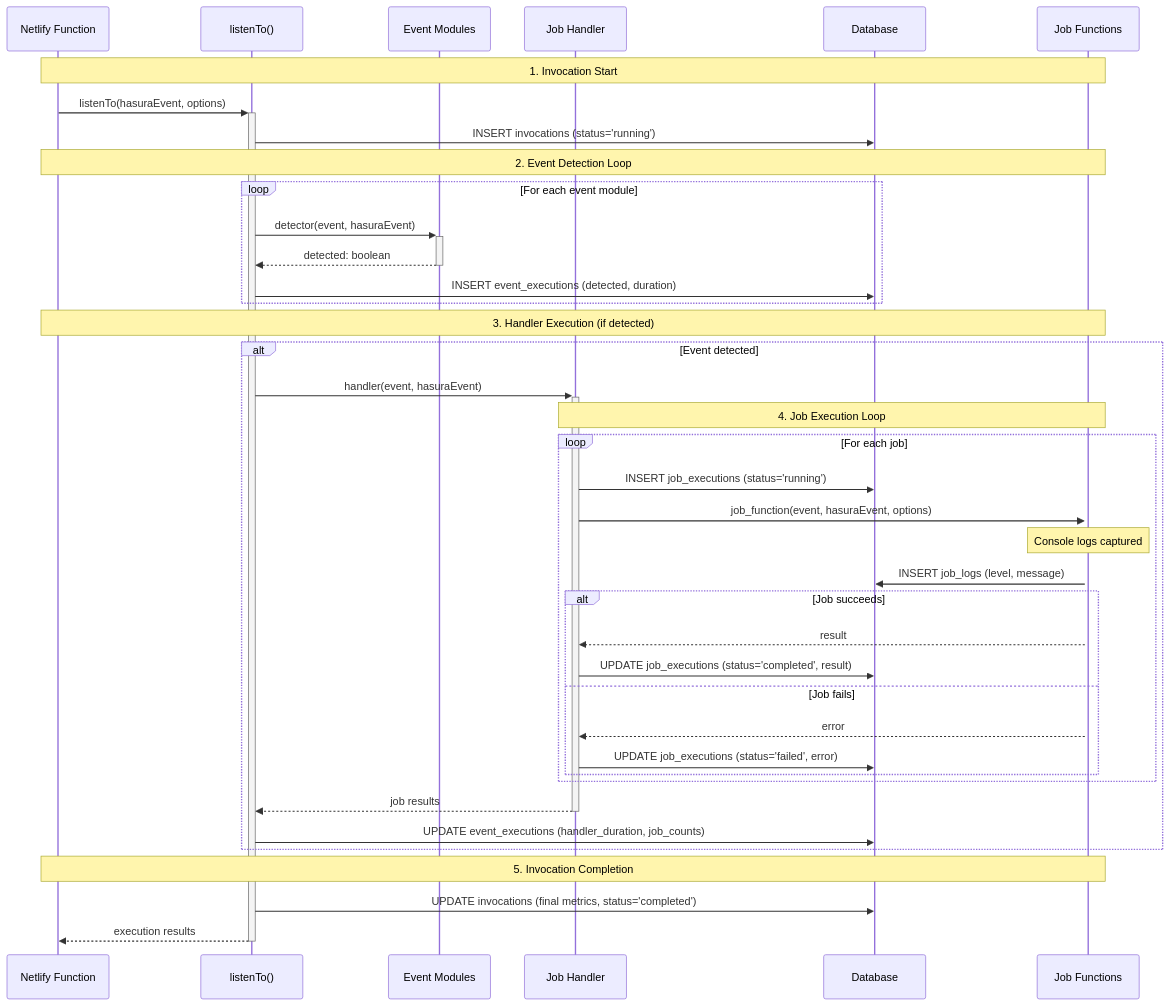
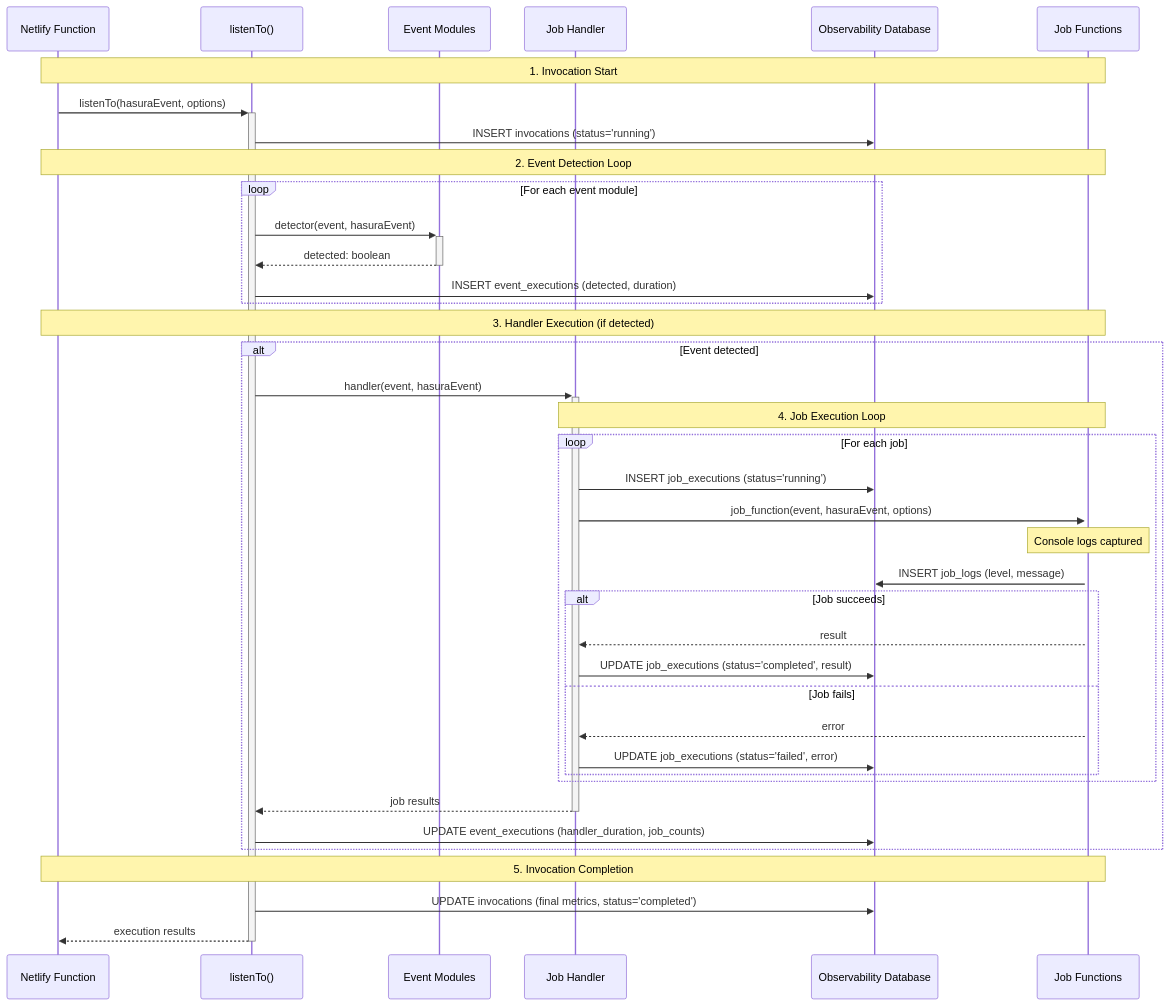
One commit to hopdrive/hasura-event-detector changed the second of 4 diagrams in example-plugins/observability/model/DATA_MODEL.md. Above: the diagram before and after it, drawn with Mermaid. The commit also changed other lines of this file and 4 other files, not shown here.

````diff
--- a/example-plugins/observability/model/DATA_MODEL.md
+++ b/example-plugins/observability/model/DATA_MODEL.md
@@ -213,49 +219,49 @@
 ```mermaid
 sequenceDiagram
     participant NF as Netlify Function
     participant LD as listenTo()
     participant EM as Event Modules
     participant JH as Job Handler
-    participant DB as Database
+    participant DB as Observability Database
     participant Jobs as Job Functions
 
     Note over NF,Jobs: 1. Invocation Start
     NF->>+LD: listenTo(hasuraEvent, options)
     LD->>DB: INSERT invocations (status='running')
     
     Note over NF,Jobs: 2. Event Detection Loop
     loop For each event module
         LD->>+EM: detector(event, hasuraEvent)
         EM-->>-LD: detected: boolean
         LD->>DB: INSERT event_executions (detected, duration)
     end
     
     Note over NF,Jobs: 3. Handler Execution (if detected)
     alt Event detected
         LD->>+JH: handler(event, hasuraEvent)
         
         Note over JH,Jobs: 4. Job Execution Loop
         loop For each job
             JH->>DB: INSERT job_executions (status='running')
             JH->>+Jobs: job_function(event, hasuraEvent, options)
             
             Note over Jobs: Console logs captured
             Jobs->>DB: INSERT job_logs (level, message)
             
             alt Job succeeds
                 Jobs-->>JH: result
                 JH->>DB: UPDATE job_executions (status='completed', result)
             else Job fails
                 Jobs-->>JH: error
                 JH->>DB: UPDATE job_executions (status='failed', error)
             end
         end
         
         JH-->>-LD: job results
         LD->>DB: UPDATE event_executions (handler_duration, job_counts)
     end
     
     Note over NF,Jobs: 5. Invocation Completion
     LD->>DB: UPDATE invocations (final metrics, status='completed')
     LD-->>-NF: execution results
 ```
````
